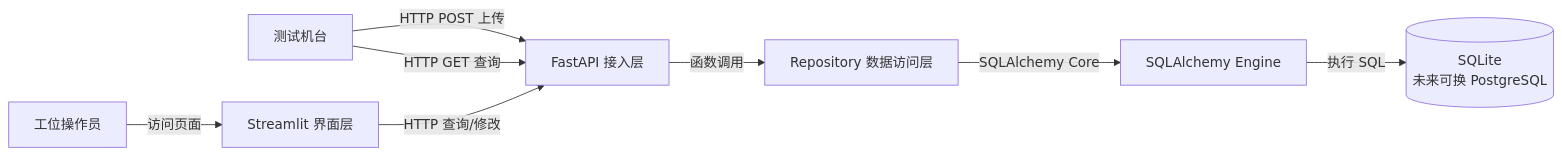
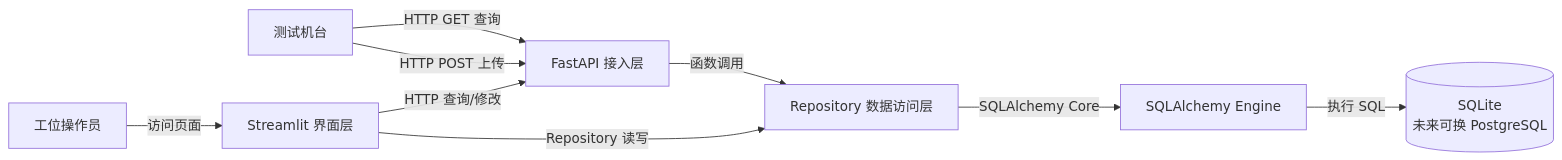
The diagram in design_data/system_design_framework/manual.md (ykmugua/my-mini-mes-pyhton), drawn with Mermaid before and after one commit. The commit also changed other lines of this file and 31 other files, not shown here.

Commit message:
feat: split test reports by process and add product flow db

````diff
--- a/design_data/system_design_framework/manual.md
+++ b/design_data/system_design_framework/manual.md
@@ -7,10 +7,11 @@
 ```mermaid
 flowchart LR
     A["测试机台"] -->|HTTP POST 上传| C["FastAPI 接入层"]
     A -->|HTTP GET 查询| C
     B["工位操作员"] -->|访问页面| D["Streamlit 界面层"]
+    D -->|Repository 读写| E["Repository 数据访问层"]
     D -->|HTTP 查询/修改| C
-    C -->|函数调用| E["Repository 数据访问层"]
+    C -->|函数调用| E
     E -->|SQLAlchemy Core| F["SQLAlchemy Engine"]
     F -->|执行 SQL| G[("SQLite<br/>未来可换 PostgreSQL")]
 ```
````
